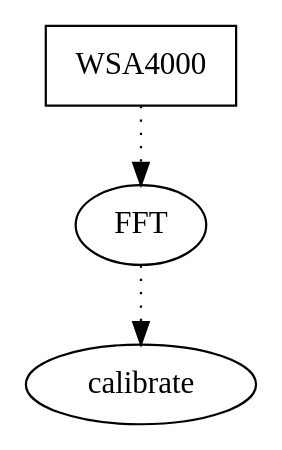
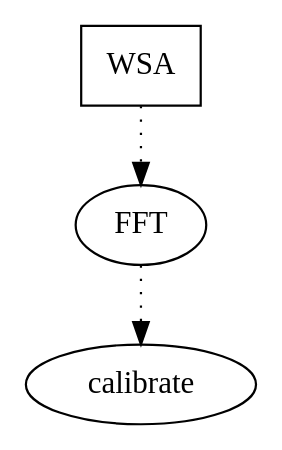
Before and after one commit to pyrf/pyrf: the second of 3 diagrams in docs/plans.rst, drawn with Graphviz. The commit also changed other lines of this file and 21 other files, not shown here.

```diff
--- a/docs/plans.rst
+++ b/docs/plans.rst
@@ -44,7 +44,7 @@
 .. graphviz::
 
    digraph processing {
-      WSA4000 [shape=box];
-      WSA4000 -> FFT [style=dotted];
+      WSA [shape=box];
+      WSA -> FFT [style=dotted];
       FFT -> calibrate [style=dotted];
    }
```
